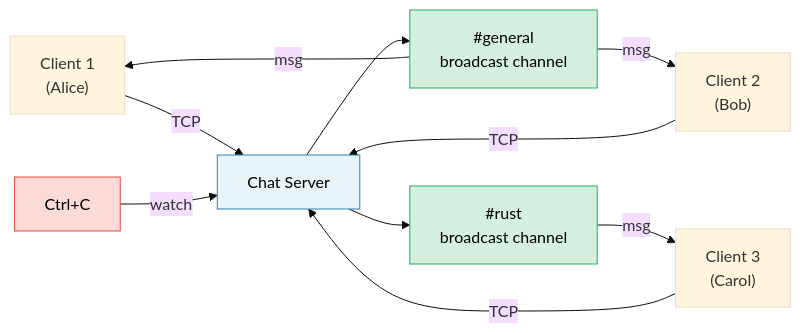
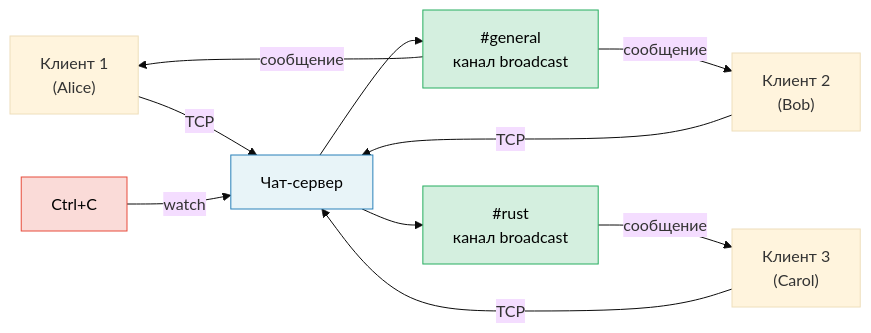
Before and after one commit to r007/RustTraining-Rus: the diagram in async-book/src/ch17-capstone-project.md, drawn with Mermaid (base theme). The commit also changed other lines of this file and 3 other files, not shown here.

````diff
--- a/async-book/src/ch17-capstone-project.md
+++ b/async-book/src/ch17-capstone-project.md
@@ -24,20 +24,20 @@
 ```mermaid
 graph LR
-    C1["Client 1<br/>(Alice)"] -->|TCP| SERVER["Chat Server"]
-    C2["Client 2<br/>(Bob)"] -->|TCP| SERVER
-    C3["Client 3<br/>(Carol)"] -->|TCP| SERVER
+    C1["Клиент 1<br/>(Alice)"] -->|TCP| SERVER["Чат-сервер"]
+    C2["Клиент 2<br/>(Bob)"] -->|TCP| SERVER
+    C3["Клиент 3<br/>(Carol)"] -->|TCP| SERVER
 
-    SERVER --> R1["#general<br/>broadcast channel"]
-    SERVER --> R2["#rust<br/>broadcast channel"]
+    SERVER --> R1["#general<br/>канал broadcast"]
+    SERVER --> R2["#rust<br/>канал broadcast"]
 
-    R1 -->|msg| C1
-    R1 -->|msg| C2
-    R2 -->|msg| C3
+    R1 -->|сообщение| C1
+    R1 -->|сообщение| C2
+    R2 -->|сообщение| C3
 
     CTRL["Ctrl+C"] -->|watch| SERVER
 
     style SERVER fill:#e8f4f8,stroke:#2980b9,color:#000
     style R1 fill:#d4efdf,stroke:#27ae60,color:#000
     style R2 fill:#d4efdf,stroke:#27ae60,color:#000
     style CTRL fill:#fadbd8,stroke:#e74c3c,color:#000
 ```
````
